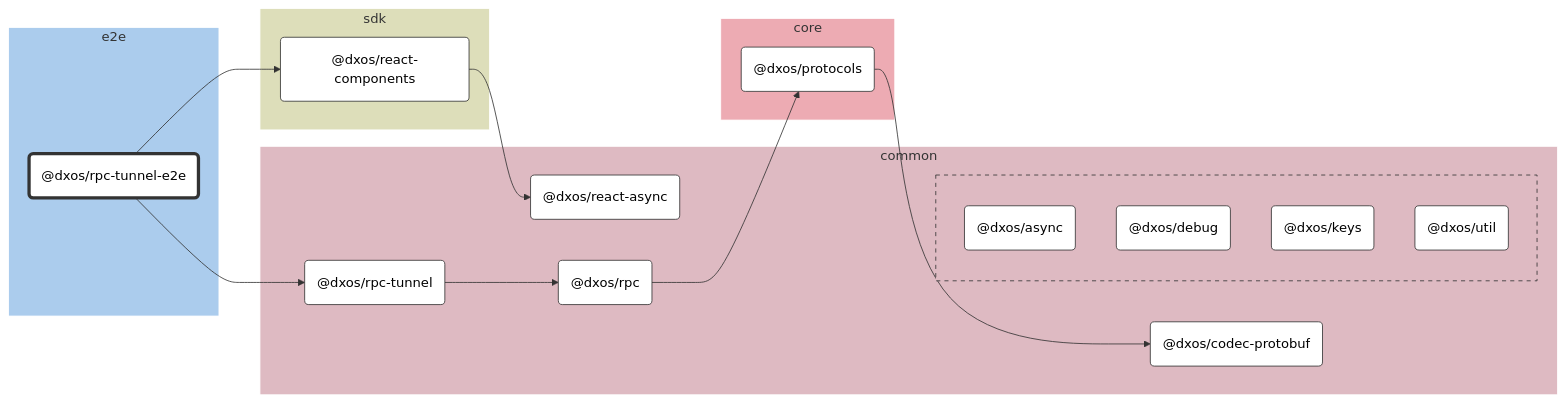
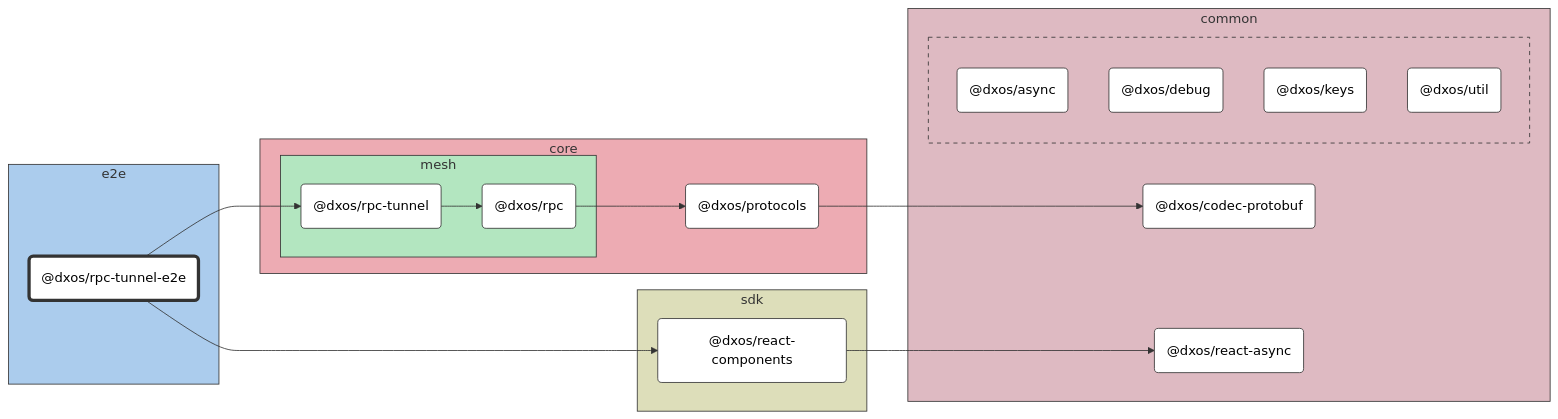
Before and after one commit to dxos/dxos: the diagram in packages/e2e/rpc-tunnel/docs/README.md, drawn with Mermaid (neutral theme). The commit also changed other lines of this file and 89 other files, not shown here.

````diff
--- a/packages/e2e/rpc-tunnel/docs/README.md
+++ b/packages/e2e/rpc-tunnel/docs/README.md
@@ -7,62 +7,66 @@
 ```mermaid
 %%{ init: {'flowchart':{'curve':'basis'}} }%%
 
 flowchart LR
 
 %% Classes
 classDef def fill:#fff,stroke:#333,stroke-width:1px
 classDef root fill:#fff,stroke:#333,stroke-width:4px
 
 %% Nodes
 
 subgraph e2e [e2e]
-  style e2e fill:#abcced,stroke:#fff
+  style e2e fill:#abcced,stroke:#333
   dxos/rpc-tunnel-e2e("@dxos/rpc-tunnel-e2e"):::root
   click dxos/rpc-tunnel-e2e "dxos/dxos/tree/main/packages/e2e/rpc-tunnel/docs"
 end
 
 subgraph common [common]
-  style common fill:#debac2,stroke:#fff
+  style common fill:#debac2,stroke:#333
   dxos/codec-protobuf("@dxos/codec-protobuf"):::def
   click dxos/codec-protobuf "dxos/dxos/tree/main/packages/common/codec-protobuf/docs"
   dxos/react-async("@dxos/react-async"):::def
   click dxos/react-async "dxos/dxos/tree/main/packages/common/react-async/docs"
-  dxos/rpc("@dxos/rpc"):::def
-  click dxos/rpc "dxos/dxos/tree/main/packages/core/mesh/rpc/docs"
-  dxos/rpc-tunnel("@dxos/rpc-tunnel"):::def
-  click dxos/rpc-tunnel "dxos/dxos/tree/main/packages/core/mesh/rpc-tunnel/docs"
 
-  subgraph common-excluded [ ]
-    style common-excluded fill:#debac2,stroke:#333,stroke-dasharray:5 5
+  subgraph _ [ ]
+    style _ fill:#debac2,stroke:#333,stroke-dasharray:5 5
     dxos/async("@dxos/async"):::def
     click dxos/async "dxos/dxos/tree/main/packages/common/async/docs"
     dxos/debug("@dxos/debug"):::def
     click dxos/debug "dxos/dxos/tree/main/packages/common/debug/docs"
     dxos/keys("@dxos/keys"):::def
     click dxos/keys "dxos/dxos/tree/main/packages/common/keys/docs"
     dxos/util("@dxos/util"):::def
     click dxos/util "dxos/dxos/tree/main/packages/common/util/docs"
   end
 end
 
 subgraph core [core]
-  style core fill:#edabb3,stroke:#fff
+  style core fill:#edabb3,stroke:#333
   dxos/protocols("@dxos/protocols"):::def
   click dxos/protocols "dxos/dxos/tree/main/packages/core/protocols/docs"
+
+  subgraph mesh [mesh]
+    style mesh fill:#b3e6c0,stroke:#333
+    dxos/rpc("@dxos/rpc"):::def
+    click dxos/rpc "dxos/dxos/tree/main/packages/core/mesh/rpc/docs"
+    dxos/rpc-tunnel("@dxos/rpc-tunnel"):::def
+    click dxos/rpc-tunnel "dxos/dxos/tree/main/packages/core/mesh/rpc-tunnel/docs"
+  end
 end
 
 subgraph sdk [sdk]
-  style sdk fill:#dddeba,stroke:#fff
+  style sdk fill:#dddeba,stroke:#333
   dxos/react-components("@dxos/react-components"):::def
   click dxos/react-components "dxos/dxos/tree/main/packages/sdk/react-components/docs"
 end
 
 %% Links
 linkStyle default stroke:#333,stroke-width:1px
 dxos/protocols --> dxos/codec-protobuf
 dxos/rpc-tunnel-e2e --> dxos/react-components
 dxos/react-components --> dxos/react-async
 dxos/rpc --> dxos/protocols
 dxos/rpc-tunnel-e2e --> dxos/rpc-tunnel
 dxos/rpc-tunnel --> dxos/rpc
 ```
````
